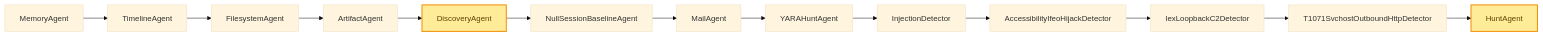
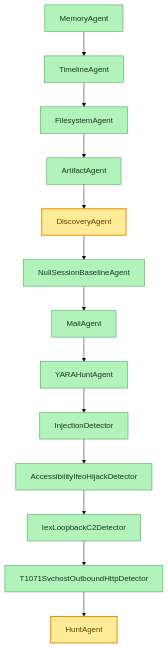
One commit to galvangabriel-web/agentropix-mcp changed the diagram in docs/04-mcp-tools/tool-by-agent.md. Above: the diagram before and after it, drawn with Mermaid (base theme). The commit also changed 20 other files, not shown here.

First line of the commit message:
Diagram readability pass (workflow): redesign diagrams for size/clarity + audit log

````diff
--- a/docs/04-mcp-tools/tool-by-agent.md
+++ b/docs/04-mcp-tools/tool-by-agent.md
@@ -22,9 +22,11 @@
 ```mermaid
-graph LR
-  M[MemoryAgent] --> T[TimelineAgent] --> F[FilesystemAgent] --> A[ArtifactAgent] --> D[DiscoveryAgent]
-  D --> NS[NullSessionBaselineAgent] --> ML[MailAgent] --> YH[YARAHuntAgent]
-  YH --> IJ[InjectionDetector] --> IF[AccessibilityIfeoHijackDetector]
-  IF --> IX[IexLoopbackC2Detector] --> SV[T1071SvchostOutboundHttpDetector] --> H[HuntAgent]
+graph TB
+  M["MemoryAgent"] --> T["TimelineAgent"] --> F["FilesystemAgent"] --> A["ArtifactAgent"] --> D["DiscoveryAgent"]
+  D --> NS["NullSessionBaselineAgent"] --> ML["MailAgent"] --> YH["YARAHuntAgent"]
+  YH --> IJ["InjectionDetector"] --> IF["AccessibilityIfeoHijackDetector"]
+  IF --> IX["IexLoopbackC2Detector"] --> SV["T1071SvchostOutboundHttpDetector"] --> H["HuntAgent"]
+  classDef agent fill:#b2f2bb,stroke:#2f9e44,color:#15391f;
   classDef derived fill:#ffec99,stroke:#f08c00,color:#5c4400,stroke-width:2px;
+  class M,T,F,A,NS,ML,YH,IJ,IF,IX,SV agent;
   class D,H derived;
 ```
````
